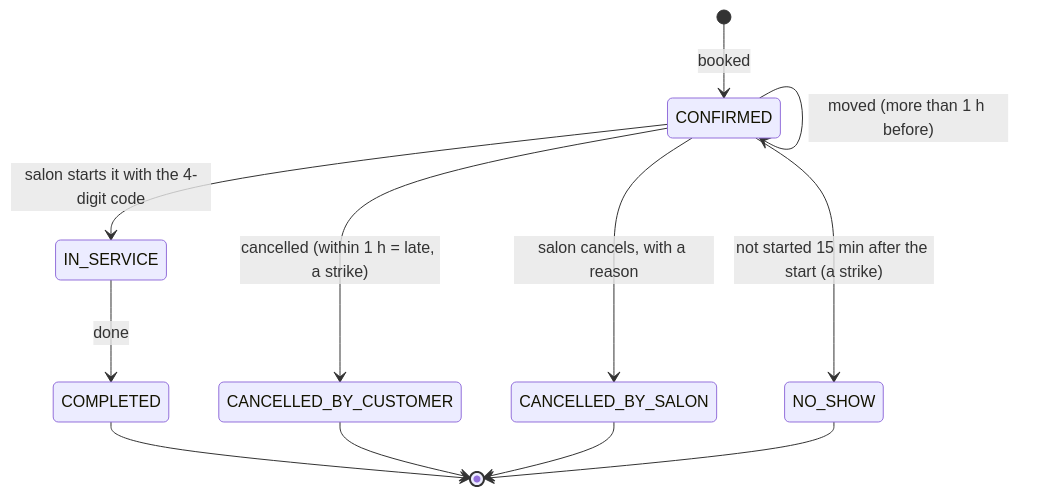
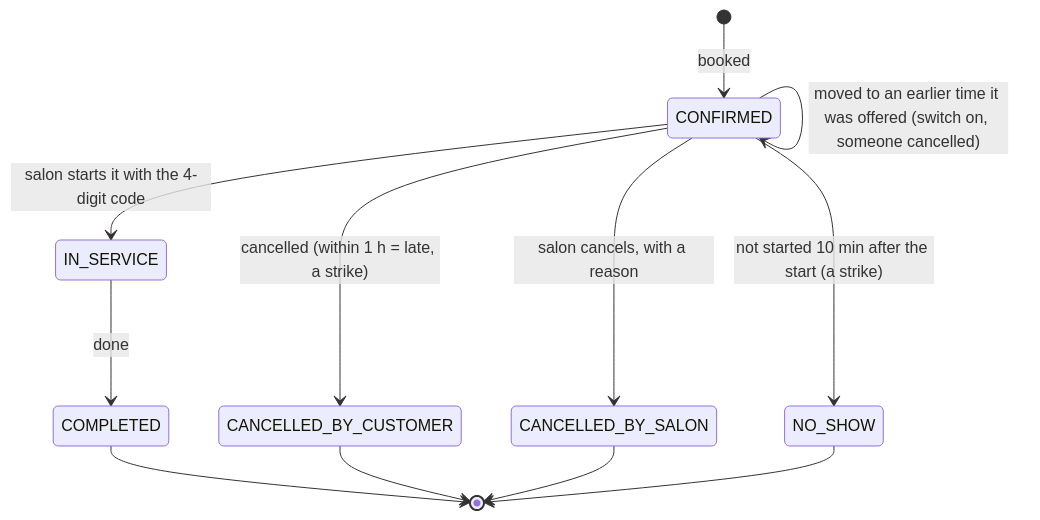
The third of 4 diagrams in README.md (Premanshu-jha/apni-dukan-customer), drawn with Mermaid before and after one commit. The commit also changed other lines of this file and 3 other files, not shown here.

````diff
--- a/README.md
+++ b/README.md
@@ -138,14 +138,15 @@
 ```mermaid
 stateDiagram-v2
   [*] --> CONFIRMED: booked
   CONFIRMED --> CONFIRMED: moved (more than 1 h before)
   CONFIRMED --> CANCELLED_BY_CUSTOMER: cancelled (within 1 h = late, a strike)
   CONFIRMED --> CANCELLED_BY_SALON: salon cancels, with a reason
   CONFIRMED --> IN_SERVICE: salon starts it with the 4-digit code
-  CONFIRMED --> NO_SHOW: not started 15 min after the start (a strike)
+  CONFIRMED --> CONFIRMED: moved to an earlier time it was offered (switch on, someone cancelled)
+  CONFIRMED --> NO_SHOW: not started 10 min after the start (a strike)
   IN_SERVICE --> COMPLETED: done
   COMPLETED --> [*]
   CANCELLED_BY_CUSTOMER --> [*]
   CANCELLED_BY_SALON --> [*]
   NO_SHOW --> [*]
 ```
````
